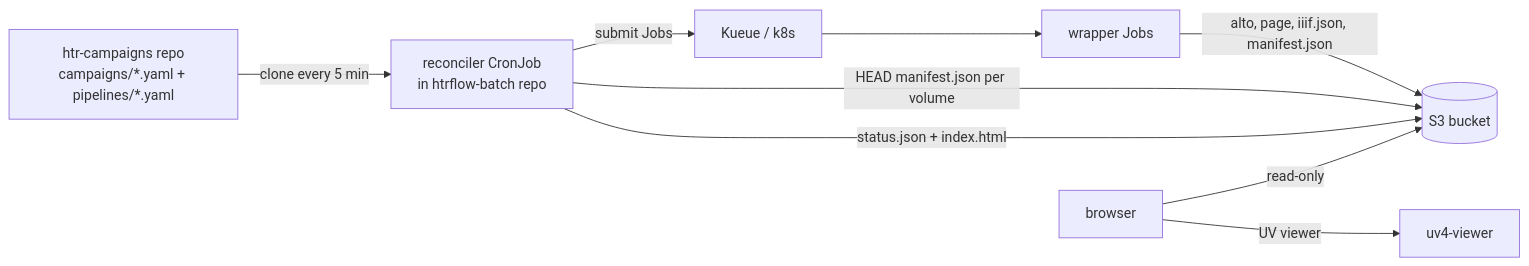
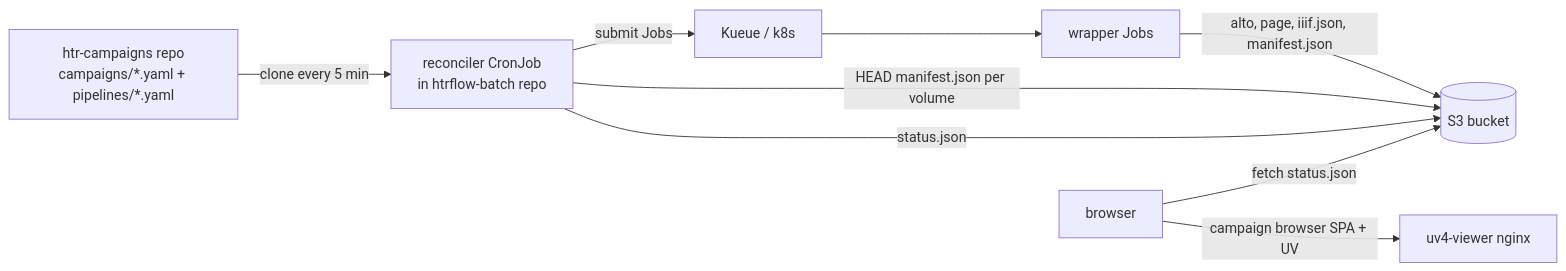
One commit to AI-Riksarkivet/htrflow-batch changed the diagram in docs/superpowers/specs/2026-07-29-campaign-gitops-design.md. Above: the diagram before and after it, drawn with Mermaid. The commit also changed other lines of this file, not shown here.

Commit message:
Spec: campaign browser as Svelte SPA in the viewer image, reconciler emits status.json only

````diff
--- a/docs/superpowers/specs/2026-07-29-campaign-gitops-design.md
+++ b/docs/superpowers/specs/2026-07-29-campaign-gitops-design.md
@@ -25,11 +25,11 @@
 ```mermaid
 flowchart LR
     G[htr-campaigns repo\ncampaigns/*.yaml + pipelines/*.yaml] -->|clone every 5 min| R
     R[reconciler CronJob\nin htrflow-batch repo] -->|submit Jobs| K[Kueue / k8s]
     K --> W[wrapper Jobs]
     W -->|alto, page, iiif.json, manifest.json| S[(S3 bucket)]
     R -->|HEAD manifest.json per volume| S
-    R -->|status.json + index.html| S
-    B[browser] -->|read-only| S
-    B -->|UV viewer| V[uv4-viewer]
+    R -->|status.json| S
+    B[browser] -->|fetch status.json| S
+    B -->|campaign browser SPA + UV| V[uv4-viewer nginx]
 ```
````
